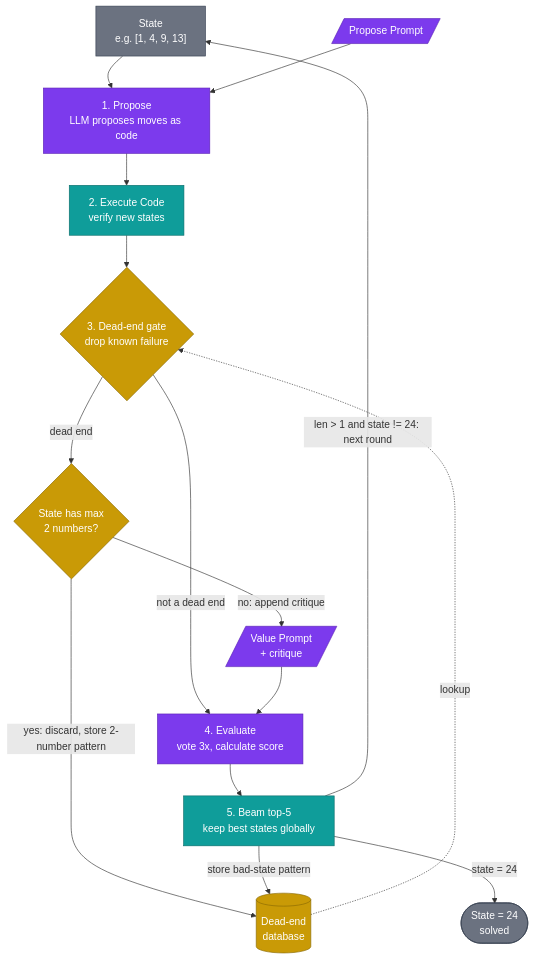
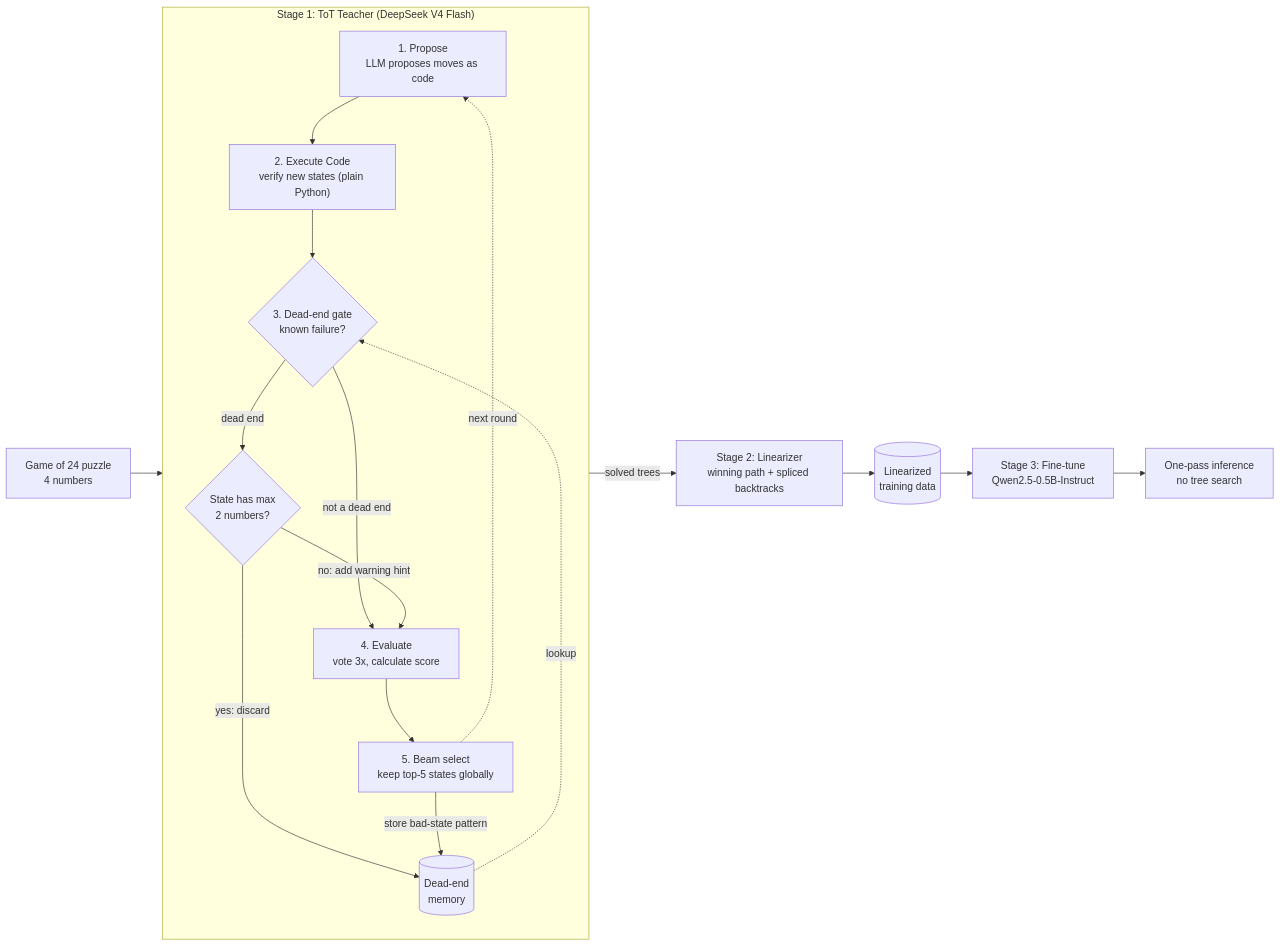
One commit to Tasnuba-Mehjabin/ToT_Teacher_Student changed the diagram in README.md. Above: the diagram before and after it, drawn with Mermaid. The commit also changed other lines of this file, not shown here.

Commit message:
Revise flowchart in README for Game of 24
Updated flowchart to reflect new structure and stages in the Game of 24 puzzle process.

````diff
--- a/README.md
+++ b/README.md
@@ -35,32 +35,23 @@
 ```mermaid
-flowchart TB
-    S["State<br/>e.g. [1, 4, 9, 13]"]:::state
-    PP[/"Propose Prompt"/]:::llm
-    P["1. Propose<br/>LLM proposes moves as code"]:::llm
-    E["2. Execute Code<br/>verify new states"]:::code
-    G{"3. Dead-end gate<br/>drop known failure"}:::mem
-    Q{"State has max<br/>2 numbers?"}:::mem
-    VP[/"Value Prompt<br/>+ critique"/]:::llm
-    V["4. Evaluate<br/>vote 3x, calculate score"]:::llm
-    B["5. Beam top-5<br/>keep best states globally"]:::code
-    D[("Dead-end<br/>database")]:::mem
-    DONE(["State = 24<br/>solved"]):::state
+flowchart LR
+    A["Game of 24 puzzle<br/>4 numbers"] --> T
 
-    S --> P
-    PP --> P
-    P --> E --> G
-    G -- "not a dead end" --> V
-    G -- "dead end" --> Q
-    Q -- "yes: discard, store 2-number pattern" --> D
-    Q -- "no: append critique" --> VP --> V
-    V --> B
-    B -- "store bad-state pattern" --> D
-    D -. "lookup" .-> G
-    B -- "len > 1 and state != 24: next round" --> S
-    B -- "state = 24" --> DONE
+    subgraph T["Stage 1: ToT Teacher (DeepSeek V4 Flash)"]
+        direction TB
+        P["1. Propose<br/>LLM proposes moves as code"] --> E["2. Execute Code<br/>verify new states (plain Python)"]
+        E --> G{"3. Dead-end gate<br/>known failure?"}
+        G -- "not a dead end" --> V["4. Evaluate<br/>vote 3x, calculate score"]
+        G -- "dead end" --> Q{"State has max<br/>2 numbers?"}
+        Q -- "yes: discard" --> M[("Dead-end<br/>memory")]
+        Q -- "no: add warning hint" --> V
+        V --> B["5. Beam select<br/>keep top-5 states globally"]
+        B -- "store bad-state pattern" --> M
+        M -. "lookup" .-> G
+        B -. "next round" .-> P
+    end
 
-    classDef llm fill:#7c3aed,stroke:#5b21b6,color:#fff
-    classDef code fill:#0f9d9a,stroke:#0b6e6c,color:#fff
-    classDef mem fill:#c99a06,stroke:#8a6a04,color:#fff
-    classDef state fill:#6b7280,stroke:#374151,color:#fff
+    T -- "solved trees" --> C["Stage 2: Linearizer<br/>winning path + spliced backtracks"]
+    C --> D[("Linearized<br/>training data")]
+    D --> F["Stage 3: Fine-tune<br/>Qwen2.5-0.5B-Instruct"]
+    F --> O["One-pass inference<br/>no tree search"]
 ```
````
